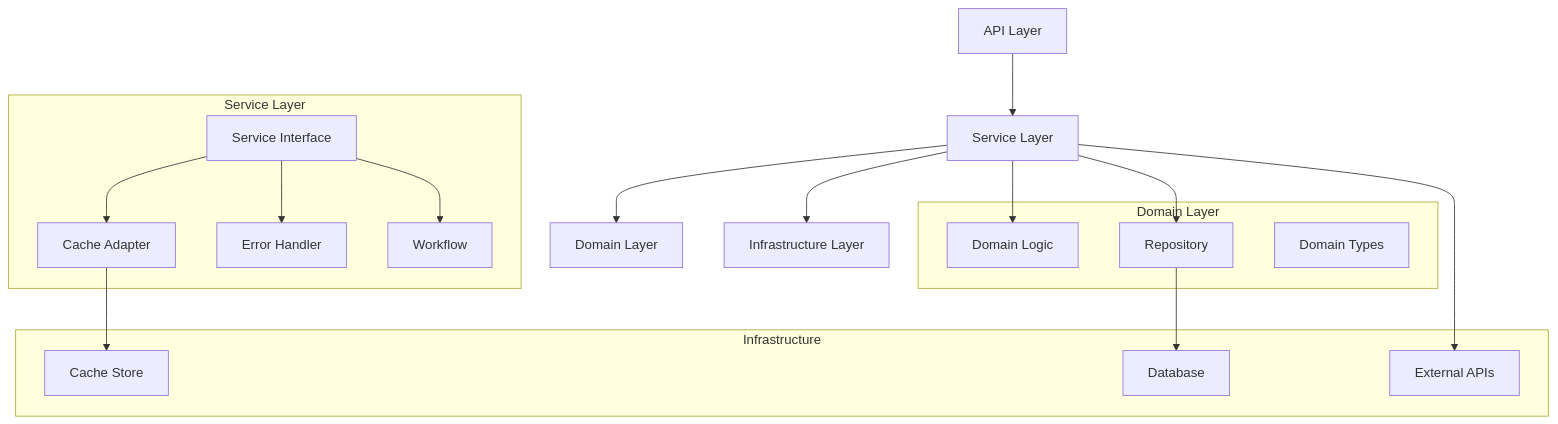
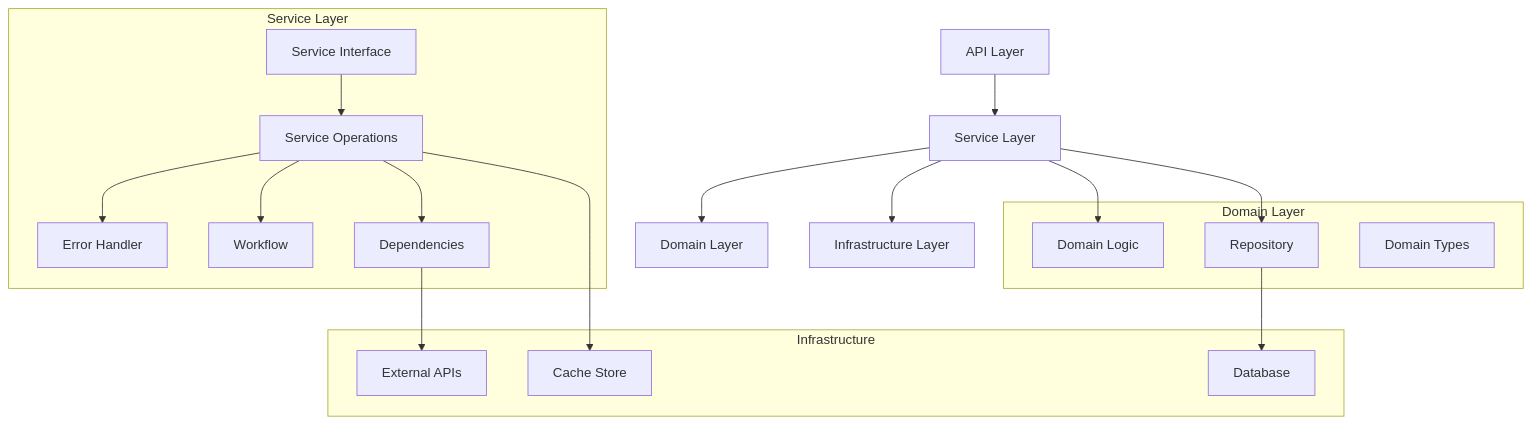
The first of 11 diagrams in documentation/design/Service_Layer_Design.md (tonglam/letletme_data), drawn with Mermaid before and after one commit. The commit also changed other lines of this file and 15 other files, not shown here.

````diff
--- a/documentation/design/Service_Layer_Design.md
+++ b/documentation/design/Service_Layer_Design.md
@@ -9,35 +9,37 @@
 ```mermaid
 graph TD
     A[API Layer] --> B[Service Layer]
     B --> C[Domain Layer]
     B --> D[Infrastructure Layer]
 
     subgraph Service Layer
         E[Service Interface]
-        F[Cache Adapter]
+        F[Service Operations]
         G[Error Handler]
         H[Workflow]
+        I[Dependencies]
 
         E --> F
-        E --> G
-        E --> H
+        F --> G
+        F --> H
+        F --> I
     end
 
     subgraph Domain Layer
-        I[Domain Logic]
-        J[Repository]
-        K[Domain Types]
+        J[Domain Logic]
+        K[Repository]
+        L[Domain Types]
     end
 
     subgraph Infrastructure
-        L[Cache Store]
-        M[Database]
-        N[External APIs]
+        M[Cache Store]
+        N[Database]
+        O[External APIs]
     end
 
-    B --> I
     B --> J
-    F --> L
-    J --> M
-    B --> N
+    B --> K
+    F --> M
+    K --> N
+    I --> O
 ```
````
